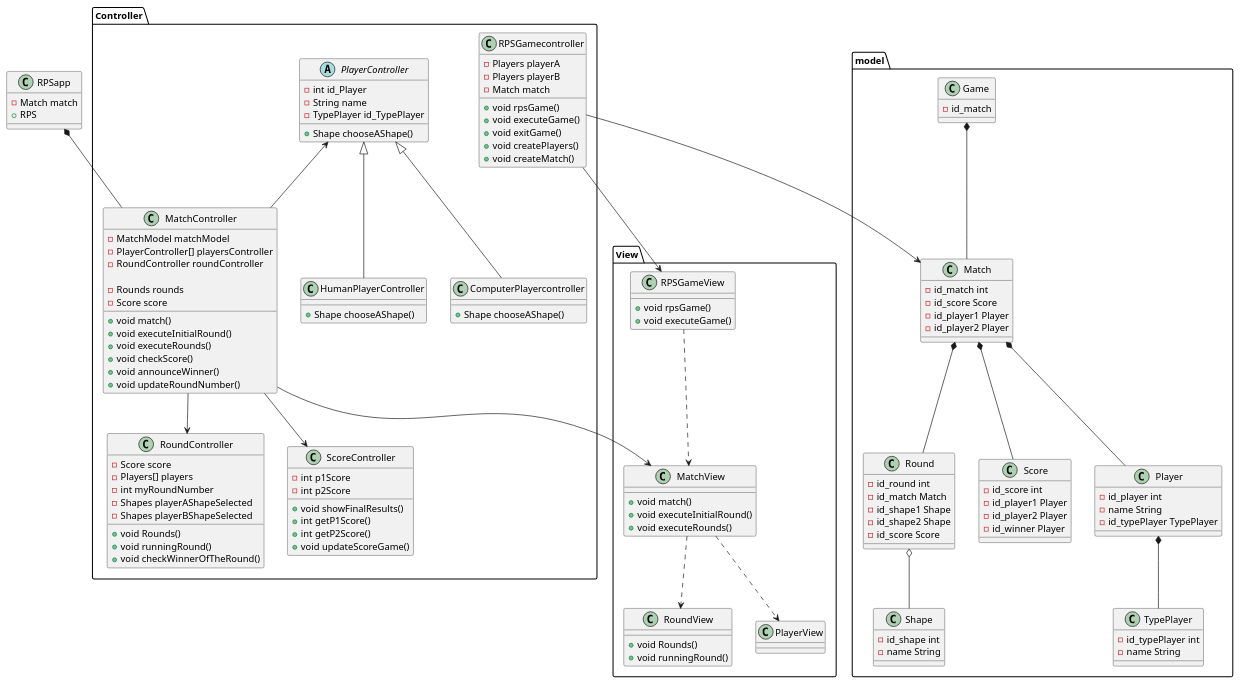
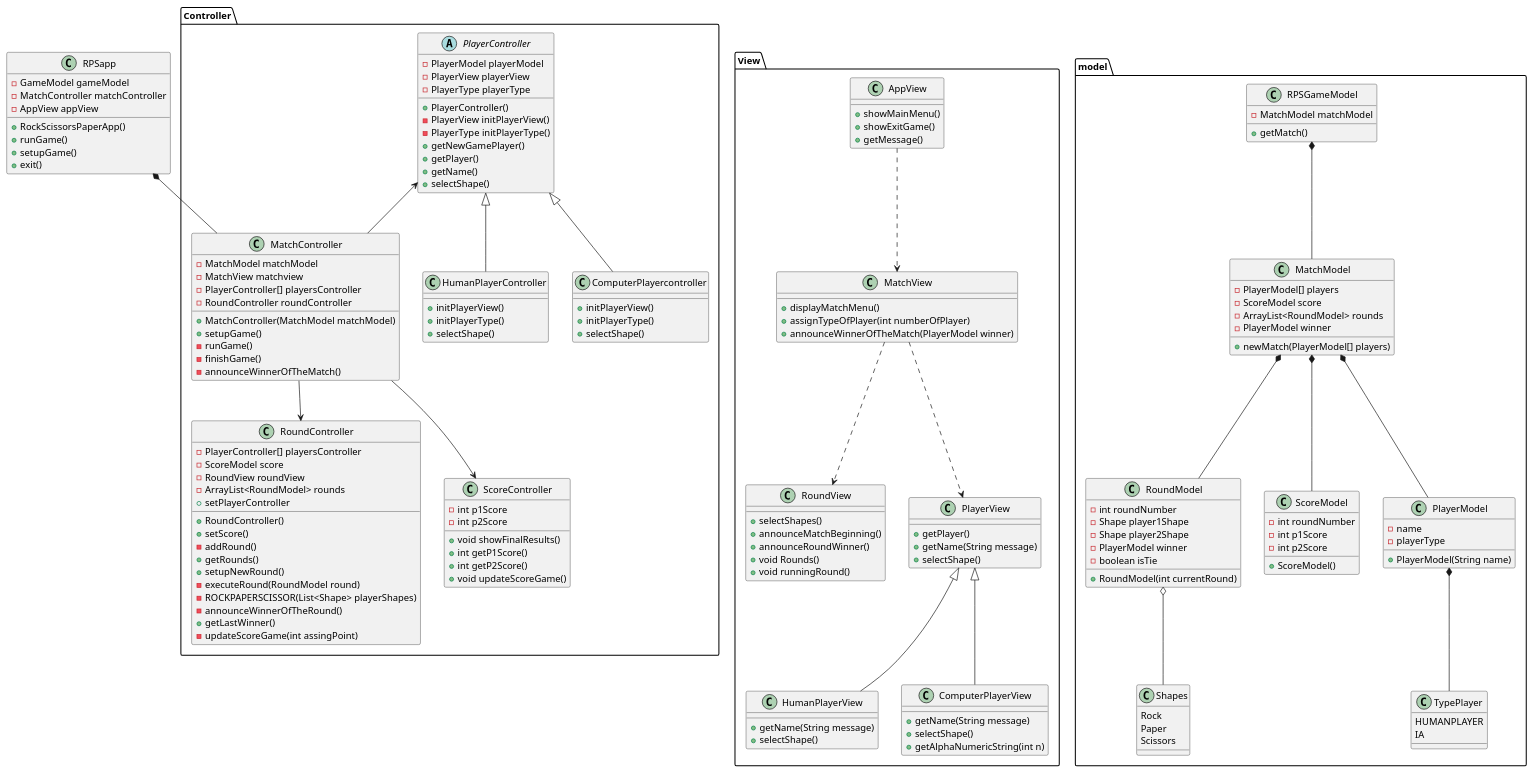
Before and after one commit to ederramos01/rock-paper-scissors: the diagram in doc/mvc-diagram.puml, drawn with PlantUML. The commit also changed 4 other files, not shown here.

Commit message:
mvc diagram finished

```diff
--- a/doc/mvc-diagram.puml
+++ b/doc/mvc-diagram.puml
@@ -1,163 +1,193 @@
 @startuml
 
 class RPSapp {
-    - Match match
-    +RPS
+    - GameModel gameModel
+    - MatchController matchController
+    - AppView appView
+    + RockScissorsPaperApp()
+    + runGame()
+    + setupGame()
+    + exit()
 }
 
 /'PACKAGE VIEW'/
 package View{
-    class RPSGameView {
-        + void rpsGame()
-        + void executeGame()
+    class AppView {
+        + showMainMenu()
+        + showExitGame()
+        + getMessage()
     }
 
     class MatchView {
-        + void match()
-        + void executeInitialRound()
-        + void executeRounds()
+        + displayMatchMenu()
+        + assignTypeOfPlayer(int numberOfPlayer)
+        + announceWinnerOfTheMatch(PlayerModel winner)
     }
 
     class RoundView {
+        + selectShapes()
+        + announceMatchBeginning()
+        + announceRoundWinner()
         + void Rounds()
         + void runningRound()
     }
 
     class PlayerView {
+        + getPlayer()
+        + getName(String message)
+        + selectShape()
+    }
+
+    class HumanPlayerView {
+        + getName(String message)
+        + selectShape()
+    }
+
+    class ComputerPlayerView {
+        + getName(String message)
+        + selectShape()
+        + getAlphaNumericString(int n)
 
     }
+
+    PlayerView <|-- HumanPlayerView 
+    PlayerView <|-- ComputerPlayerView
+    AppView ..> MatchView
+    MatchView ..> RoundView
+    MatchView ..> PlayerView
 }
+
 /'PACKAGE CONTROLLER'/
 package Controller {
-    class RPSGamecontroller {
-        - Players playerA
-        - Players playerB
-        - Match match
-        + void rpsGame()
-        + void executeGame()
-        + void exitGame()
-        + void createPlayers()
-        + void createMatch()
-    }
-
     class MatchController {
         - MatchModel matchModel
+        - MatchView matchview
         - PlayerController[] playersController
         - RoundController roundController
-        
-        - Rounds rounds
-        - Score score
-        + void match()
-        + void executeInitialRound()
-        + void executeRounds()
-        + void checkScore()
-        + void announceWinner()
-        + void updateRoundNumber()
+        + MatchController(MatchModel matchModel)
+        + setupGame()
+        - runGame()
+        - finishGame()
+        - announceWinnerOfTheMatch()
     }
 
     class RoundController {
-        - Score score
-        - Players[] players
-        - int myRoundNumber
-        - Shapes playerAShapeSelected
-        - Shapes playerBShapeSelected
-        + void Rounds()
-        + void runningRound()
-        + void checkWinnerOfTheRound()
+        - PlayerController[] playersController
+        - ScoreModel score
+        - RoundView roundView
+        - ArrayList<RoundModel> rounds
+        + RoundController()
+        + setScore()
+        + setPlayerController
+        - addRound()
+        + getRounds()
+        + setupNewRound()
+        - executeRound(RoundModel round)
+        - ROCKPAPERSCISSOR(List<Shape> playerShapes)
+        - announceWinnerOfTheRound()
+        + getLastWinner()
+        - updateScoreGame(int assingPoint)
     }
 
     abstract class PlayerController {
-        - int id_Player
-        - String name
-        - TypePlayer id_TypePlayer
-        + Shape chooseAShape()
+        - PlayerModel playerModel
+        - PlayerView playerView
+        - PlayerType playerType
+        + PlayerController() 
+        - PlayerView initPlayerView()
+        - PlayerType initPlayerType()
+        + getNewGamePlayer()
+        + getPlayer()
+        + getName()
+        + selectShape()
     }
 
     class HumanPlayerController {
-        + Shape chooseAShape()
+        + initPlayerView()
+        + initPlayerType()
+        + selectShape()
     }
 
     class ComputerPlayercontroller {
-        + Shape chooseAShape()
+        + initPlayerView()
+        + initPlayerType()
+        + selectShape()
     }
 
     class ScoreController {
         - int p1Score
         - int p2Score
         + void showFinalResults()
         + int getP1Score()
         + int getP2Score()
         + void updateScoreGame()
     }
 
-    /'RPSapp *-- RPSGamecontroller'/
     RPSapp *-- MatchController
     PlayerController <|-- HumanPlayerController
     PlayerController <|-- ComputerPlayercontroller
-    /'RPSGamecontroller --> MatchController'/
     MatchController --> RoundController
     MatchController --> ScoreController
     PlayerController <-- MatchController
 
 }
 
+/'PACKAGE MODEL'/
 package model {
+    class RPSGameModel {
+        - MatchModel matchModel
+        + getMatch()
+    }
 
-    class Game {
-        -id_match
+    class MatchModel {
+        - PlayerModel[] players
+        - ScoreModel score
+        - ArrayList<RoundModel> rounds
+        - PlayerModel winner
+        + newMatch(PlayerModel[] players)
     }
     
-    class Round {
-    -id_round int
-    -id_match Match
-    -id_shape1 Shape
-    -id_shape2 Shape
-    -id_score Score
+    class RoundModel {
+        - int roundNumber
+        - Shape player1Shape
+        - Shape player2Shape
+        - PlayerModel winner
+        - boolean isTie
+        + RoundModel(int currentRound)
+    }
+
+    class ScoreModel {
+        - int roundNumber
+        - int p1Score
+        - int p2Score
+        + ScoreModel()
+    }
+
+    class PlayerModel{
+        - name
+        - playerType
+        + PlayerModel(String name)
+    }
+
+    class TypePlayer {
+        HUMANPLAYER
+        IA
+    }
+
+    class Shapes {
+        Rock
+        Paper
+        Scissors
+    }
+
+    RPSGameModel *-- MatchModel
+    MatchModel *-- RoundModel
+    MatchModel *-- PlayerModel
+    PlayerModel *-- TypePlayer
+    MatchModel *-- ScoreModel
+    RoundModel o-- Shapes
 }
 
-class Match {
-    -id_match int
-    -id_score Score
-    -id_player1 Player
-    -id_player2 Player
-}
-
-class Score {
-    -id_score int
-    -id_player1 Player
-    -id_player2 Player
-    -id_winner Player
-}
-
-class Shape {
-    -id_shape int
-    -name String
-}
-
-class Player{
-    -id_player int
-    -name String
-    -id_typePlayer TypePlayer
-}
-
-class TypePlayer {
-    -id_typePlayer int
-    -name String
-}
-    Game *-- Match
-    Match *-- Round
-    Match *-- Player
-    Round o-- Shape
-    Player *-- TypePlayer
-    Match *-- Score 
-}
-
-RPSGameView ..> MatchView
-MatchView ..> RoundView
-MatchView ..> PlayerView
-
-RPSGamecontroller --> RPSGameView
-MatchController --> MatchView
-RPSGamecontroller --> Match
+/'MatchController --> MatchView'/
 
 @enduml
```
